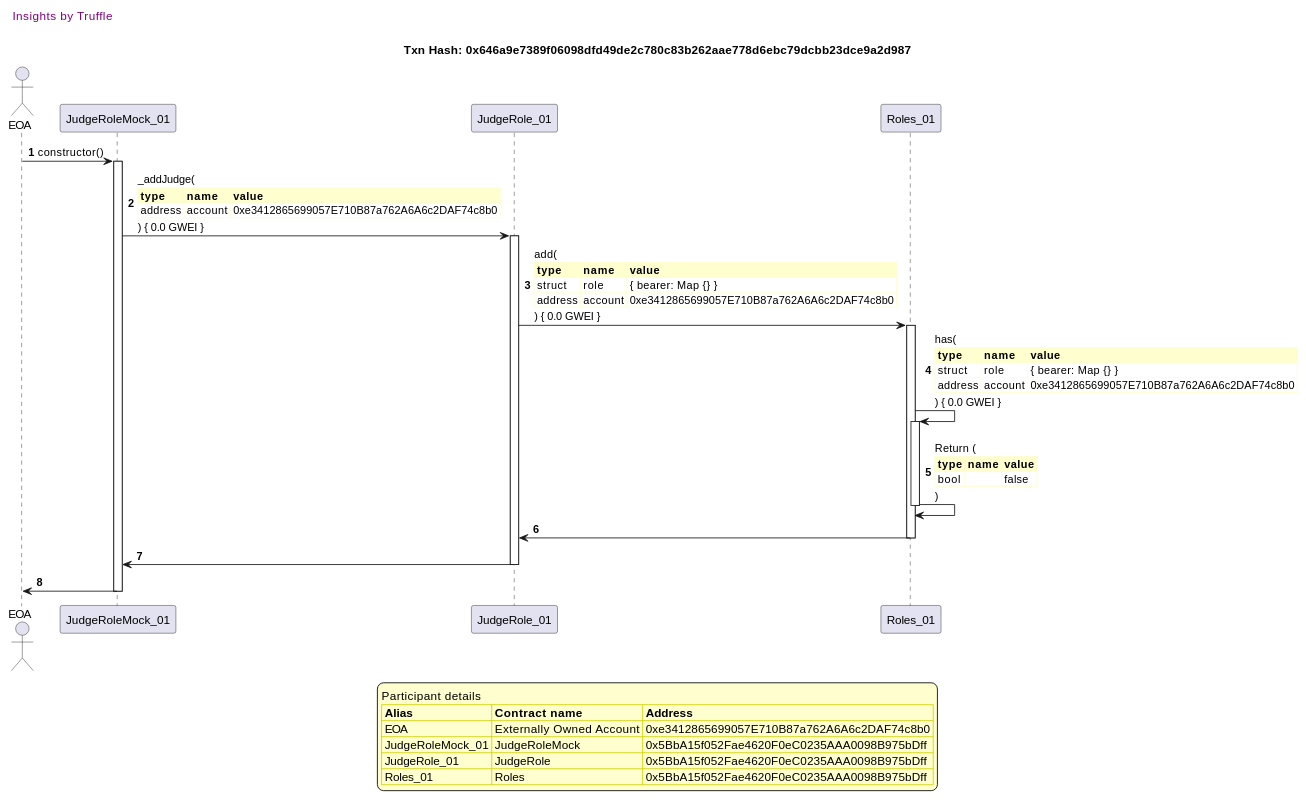
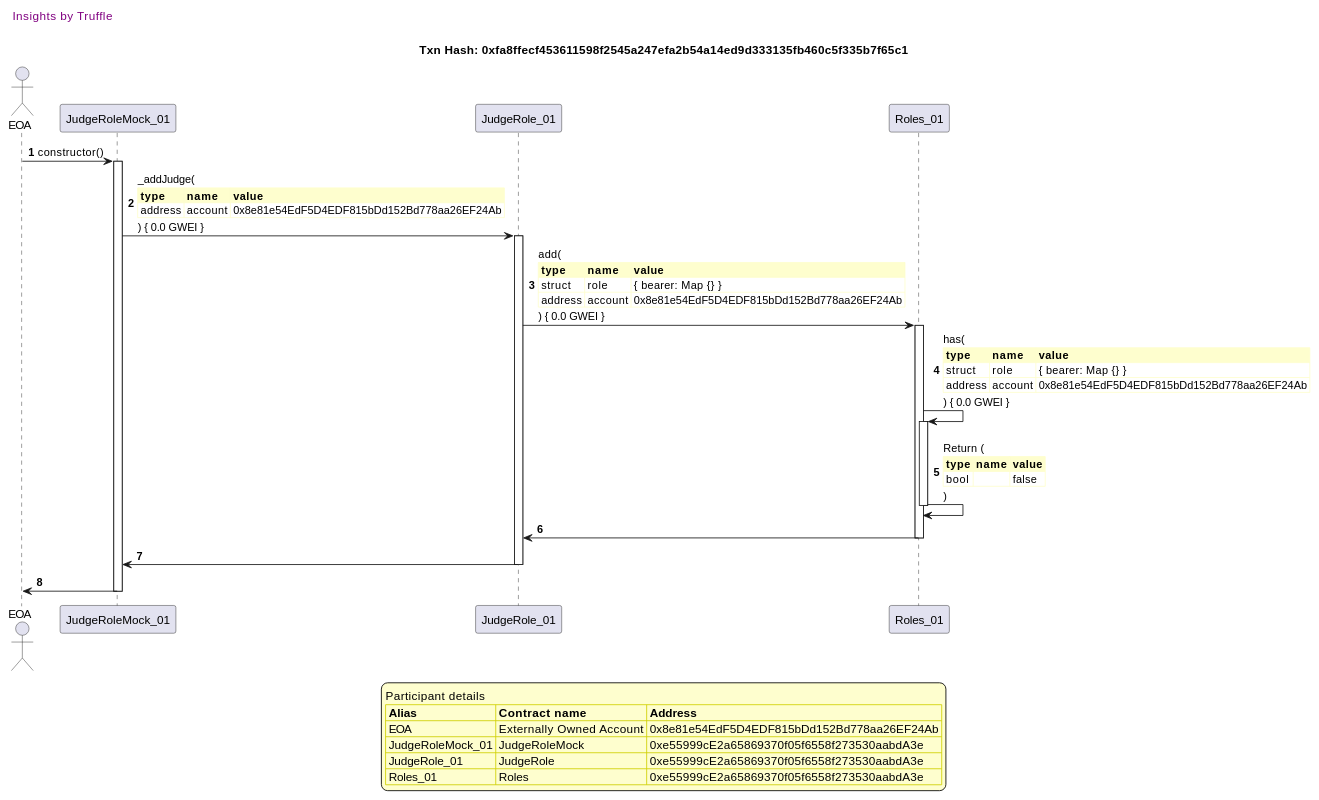
One commit to fodisi/hackapay changed the fifth of 41 diagrams in truffle-seq/roles_judgerole.md. Above: the diagram before and after it, drawn with PlantUML. The commit also changed other lines of this file and 10 other files, not shown here.

````diff
--- a/truffle-seq/roles_judgerole.md
+++ b/truffle-seq/roles_judgerole.md
@@ -331,61 +331,61 @@
 ```plantuml
 
 
 @startuml
 
 autonumber
 skinparam legendBackgroundColor #FEFECE
 
 <style>
       header {
         HorizontalAlignment left
         FontColor purple
         FontSize 14
         Padding 10
       }
     </style>
 
 header Insights by Truffle
 
-title Txn Hash: 0x646a9e7389f06098dfd49de2c780c83b262aae778d6ebc79dcbb23dce9a2d987
+title Txn Hash: 0xfa8ffecf453611598f2545a247efa2b54a14ed9d333135fb460c5f335b7f65c1
 
 
 actor EOA as "EOA"
 participant JudgeRoleMock_01 as "JudgeRoleMock_01"
 participant JudgeRole_01 as "JudgeRole_01"
 participant Roles_01 as "Roles_01"
 
 "EOA" -> "JudgeRoleMock_01" ++: constructor()
 "JudgeRoleMock_01" -> "JudgeRole_01" ++: _addJudge(\n\
 <#FEFECE,#FEFECE>|= type |= name |= value |\n\
-| address | account | 0xe3412865699057E710B87a762A6A6c2DAF74c8b0 |\n\
+| address | account | 0x8e81e54EdF5D4EDF815bDd152Bd778aa26EF24Ab |\n\
 ) { 0.0 GWEI }
 "JudgeRole_01" -> "Roles_01" ++: add(\n\
 <#FEFECE,#FEFECE>|= type |= name |= value |\n\
 | struct | role | { bearer: Map {} } |\n\
-| address | account | 0xe3412865699057E710B87a762A6A6c2DAF74c8b0 |\n\
+| address | account | 0x8e81e54EdF5D4EDF815bDd152Bd778aa26EF24Ab |\n\
 ) { 0.0 GWEI }
 "Roles_01" -> "Roles_01" ++: has(\n\
 <#FEFECE,#FEFECE>|= type |= name |= value |\n\
 | struct | role | { bearer: Map {} } |\n\
-| address | account | 0xe3412865699057E710B87a762A6A6c2DAF74c8b0 |\n\
+| address | account | 0x8e81e54EdF5D4EDF815bDd152Bd778aa26EF24Ab |\n\
 ) { 0.0 GWEI }
 "Roles_01" -> "Roles_01" --: Return (\n\
 <#FEFECE,#FEFECE>|= type |= name |= value |\n\
 | bool |  | false |\n\
 )
 "Roles_01" -> "JudgeRole_01" --: 
 "JudgeRole_01" -> "JudgeRoleMock_01" --: 
 "JudgeRoleMock_01" -> "EOA" --: 
 
 legend
 Participant details
 <#FEFECE,#D0D000>|= Alias |= Contract name |= Address |
-<#FEFECE>| EOA | Externally Owned Account | 0xe3412865699057E710B87a762A6A6c2DAF74c8b0 |
-<#FEFECE>| JudgeRoleMock_01 | JudgeRoleMock | 0x5BbA15f052Fae4620F0eC0235AAA0098B975bDff |
-<#FEFECE>| JudgeRole_01 | JudgeRole | 0x5BbA15f052Fae4620F0eC0235AAA0098B975bDff |
-<#FEFECE>| Roles_01 | Roles | 0x5BbA15f052Fae4620F0eC0235AAA0098B975bDff |
+<#FEFECE>| EOA | Externally Owned Account | 0x8e81e54EdF5D4EDF815bDd152Bd778aa26EF24Ab |
+<#FEFECE>| JudgeRoleMock_01 | JudgeRoleMock | 0xe55999cE2a65869370f05f6558f273530aabdA3e |
+<#FEFECE>| JudgeRole_01 | JudgeRole | 0xe55999cE2a65869370f05f6558f273530aabdA3e |
+<#FEFECE>| Roles_01 | Roles | 0xe55999cE2a65869370f05f6558f273530aabdA3e |
 endlegend
 
 @enduml
 ```
````
